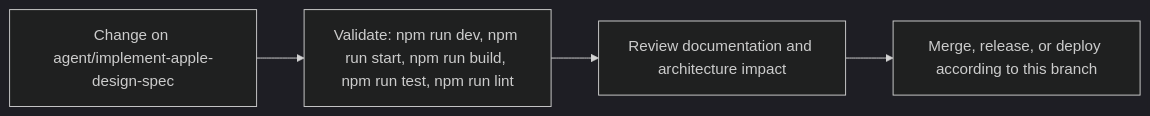
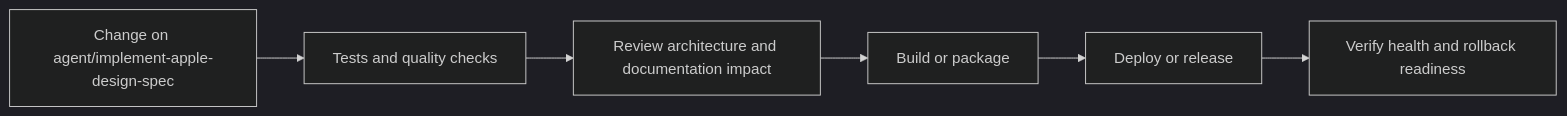
The fifth of 6 diagrams in README.md (Nischhalsubba/BindForge-NW), drawn with Mermaid (dark theme) before and after one commit. The commit also changed other lines of this file, not shown here.

````diff
--- a/README.md
+++ b/README.md
@@ -87,8 +183,8 @@
 ```mermaid
 flowchart LR
-    CHANGE["Change on agent/implement-apple-design-spec"]
-    CHECK["Validate: npm run dev, npm run start, npm run build, npm run test, npm run lint"]
-    REVIEW["Review documentation and architecture impact"]
-    RELEASE["Merge, release, or deploy according to this branch"]
-    CHANGE --> CHECK --> REVIEW --> RELEASE
+    CHANGE["Change on agent/implement-apple-design-spec"] --> CHECK["Tests and quality checks"]
+    CHECK --> REVIEW["Review architecture and documentation impact"]
+    REVIEW --> BUILD["Build or package"]
+    BUILD --> DEPLOY["Deploy or release"]
+    DEPLOY --> VERIFY["Verify health and rollback readiness"]
 ```
````
